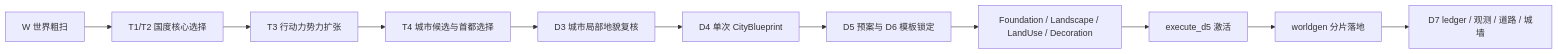
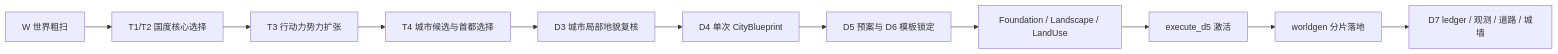
The diagram in docs/10_product/地貌驱动主线.md (RinsingEL/designer_territoryMod), drawn with Mermaid before and after one commit. The commit also changed other lines of this file and 16 other files, not shown here.

````diff
--- a/docs/10_product/地貌驱动主线.md
+++ b/docs/10_product/地貌驱动主线.md
@@ -7,13 +7,13 @@
 ```mermaid
 flowchart LR
   W["W 世界粗扫"] --> T1["T1/T2 国度核心选择"]
   T1 --> T3["T3 行动力势力扩张"]
   T3 --> T4["T4 城市候选与首都选择"]
   T4 --> D3["D3 城市局部地貌复核"]
   D3 --> D4["D4 单次 CityBlueprint"]
   D4 --> D56["D5 预案与 D6 模板锁定"]
-  D56 --> O["Foundation / Landscape / LandUse / Decoration"]
+  D56 --> O["Foundation / Landscape / LandUse"]
   O --> A["execute_d5 激活"]
   A --> G["worldgen 分片落地"]
   G --> D7["D7 ledger / 观测 / 道路 / 城墙"]
 ```
````
